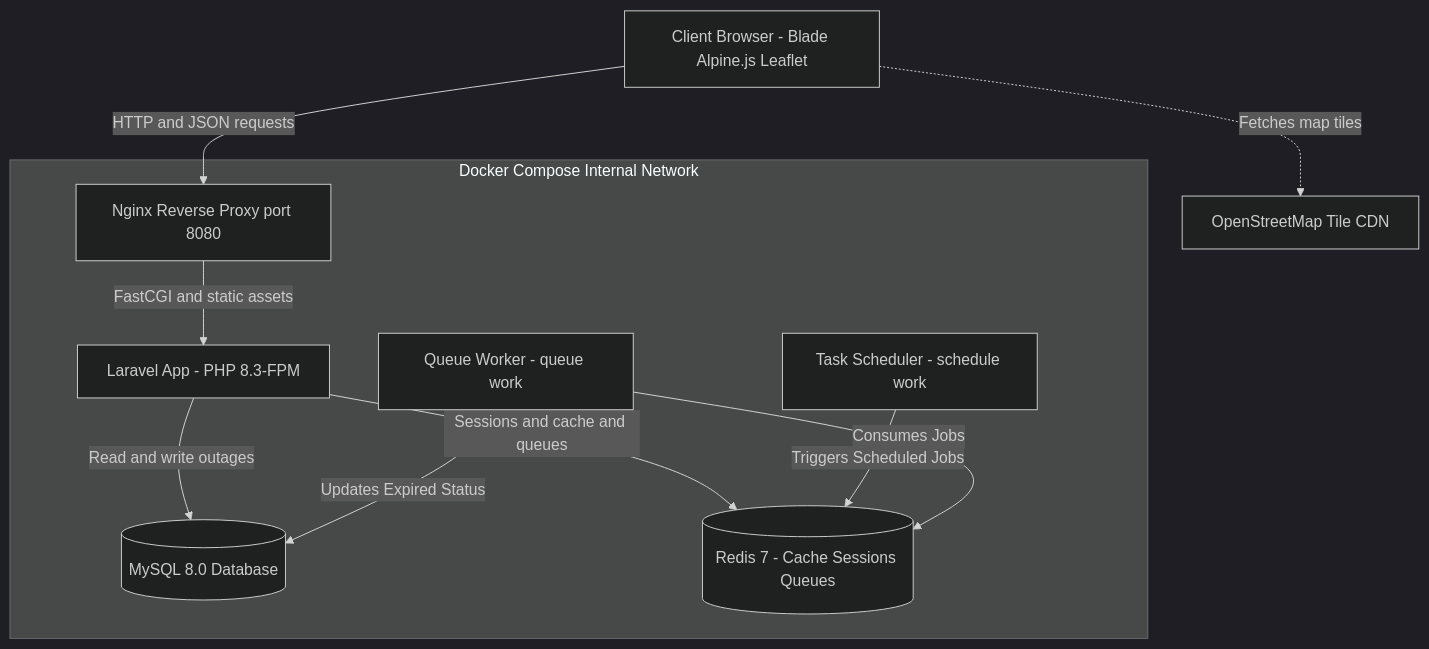
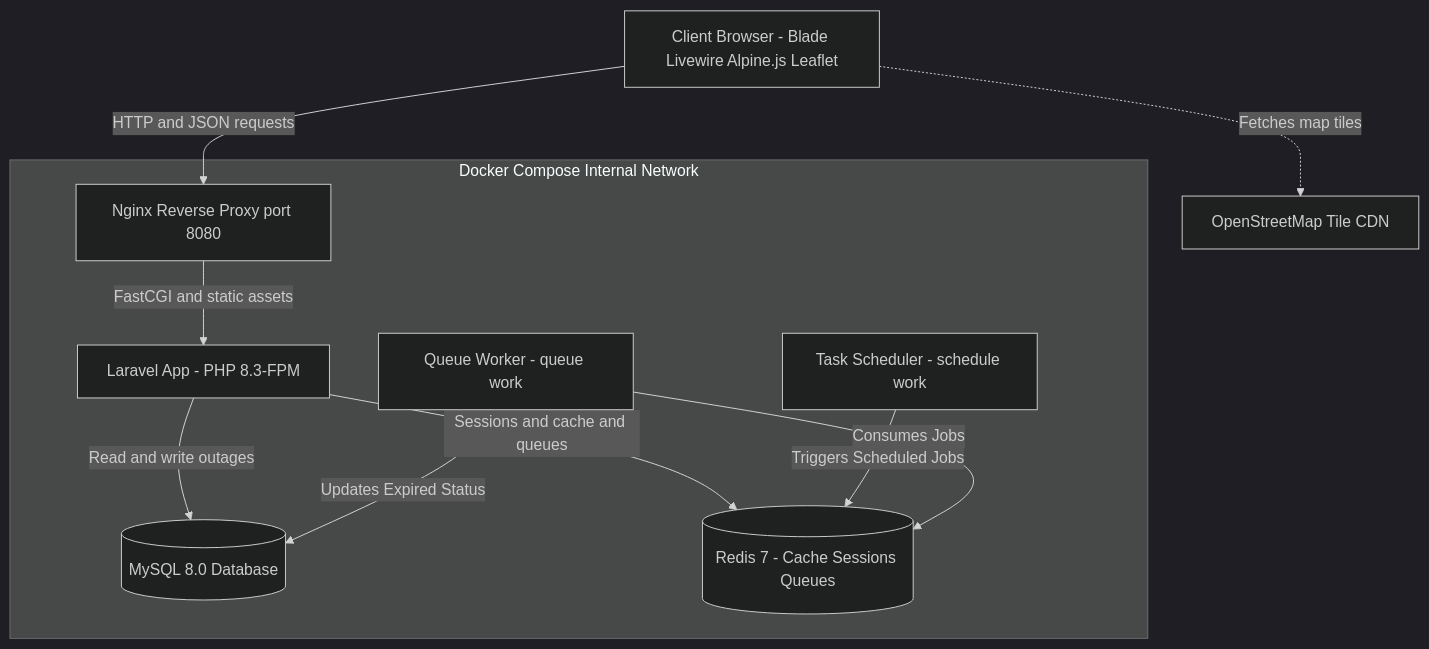
Before and after one commit to AlbertsH13/power-outage-map: the first of 5 diagrams in ARCHITECTURE.md, drawn with Mermaid (dark theme). The commit also changed other lines of this file and 2 other files, not shown here.

Commit message:
docs: synchronize PLAN, ARCHITECTURE and README for hybrid Livewire architecture

````diff
--- a/ARCHITECTURE.md
+++ b/ARCHITECTURE.md
@@ -9,25 +9,25 @@
 ```mermaid
 graph TD
-    Browser["Client Browser - Blade Alpine.js Leaflet"]
+    Browser["Client Browser - Blade Livewire Alpine.js Leaflet"]
     Tiles["OpenStreetMap Tile CDN"]
 
     subgraph Docker_Network ["Docker Compose Internal Network"]
         Nginx["Nginx Reverse Proxy port 8080"]
         App["Laravel App - PHP 8.3-FPM"]
         Queue["Queue Worker - queue work"]
         Scheduler["Task Scheduler - schedule work"]
         MySQL[("MySQL 8.0 Database")]
         Redis[("Redis 7 - Cache Sessions Queues")]
     end
 
     Browser -->|"HTTP and JSON requests"| Nginx
     Browser -.->|"Fetches map tiles"| Tiles
     Nginx -->|"FastCGI and static assets"| App
 
     App -->|"Read and write outages"| MySQL
     App -->|"Sessions and cache and queues"| Redis
 
     Scheduler -->|"Triggers Scheduled Jobs"| Redis
     Queue -->|"Consumes Jobs"| Redis
     Queue -->|"Updates Expired Status"| MySQL
 ```
````
